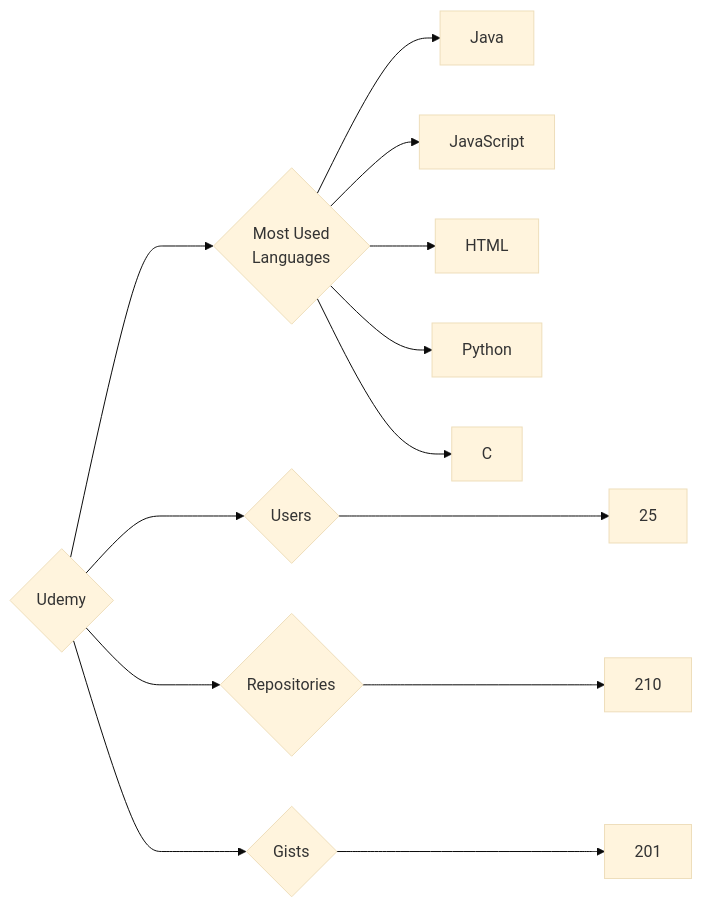
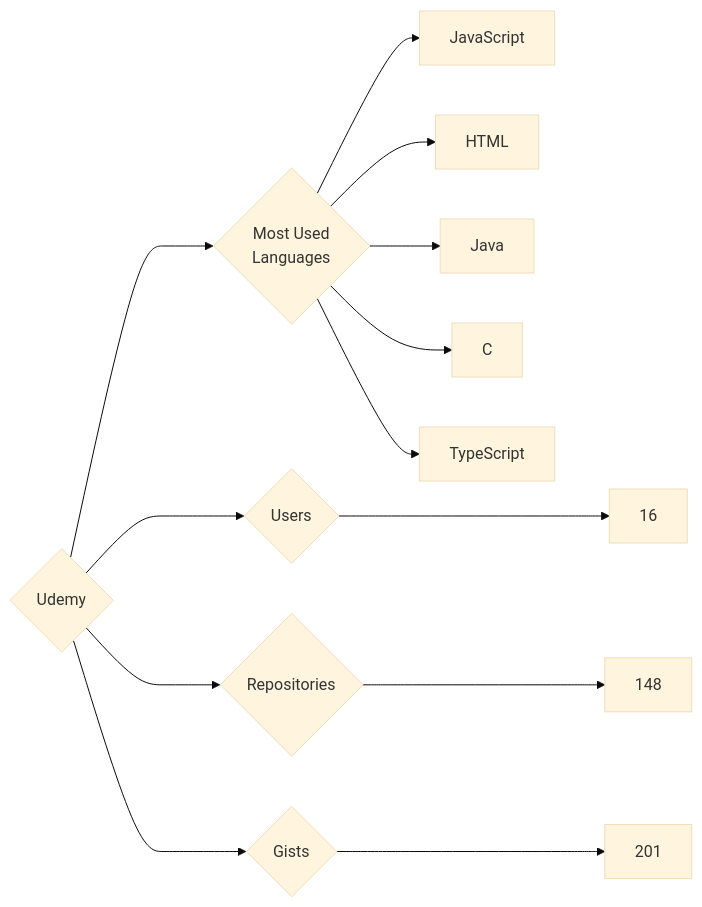
One commit to trickest/insiders changed the diagram in targets/Udemy/README.md. Above: the diagram before and after it, drawn with Mermaid (base theme). The commit also changed 964 other files, not shown here.

````diff
--- a/targets/Udemy/README.md
+++ b/targets/Udemy/README.md
@@ -3,13 +3,13 @@
 ```mermaid
 graph LR
 COMPANY_NAME{Udemy}
-COMPANY_NAME ---> U{Users} ---> UN[25]
-COMPANY_NAME ---> R{Repositories} ---> RN[210]
+COMPANY_NAME ---> U{Users} ---> UN[16]
+COMPANY_NAME ---> R{Repositories} ---> RN[148]
 COMPANY_NAME ---> G{Gists} ---> GN[201]
 COMPANY_NAME ---> ML{Most Used<br>Languages}
-ML --> Java[Java]
 ML --> JavaScript[JavaScript]
 ML --> HTML[HTML]
-ML --> Python[Python]
+ML --> Java[Java]
 ML --> C[C]
+ML --> TypeScript[TypeScript]
 ```
````
